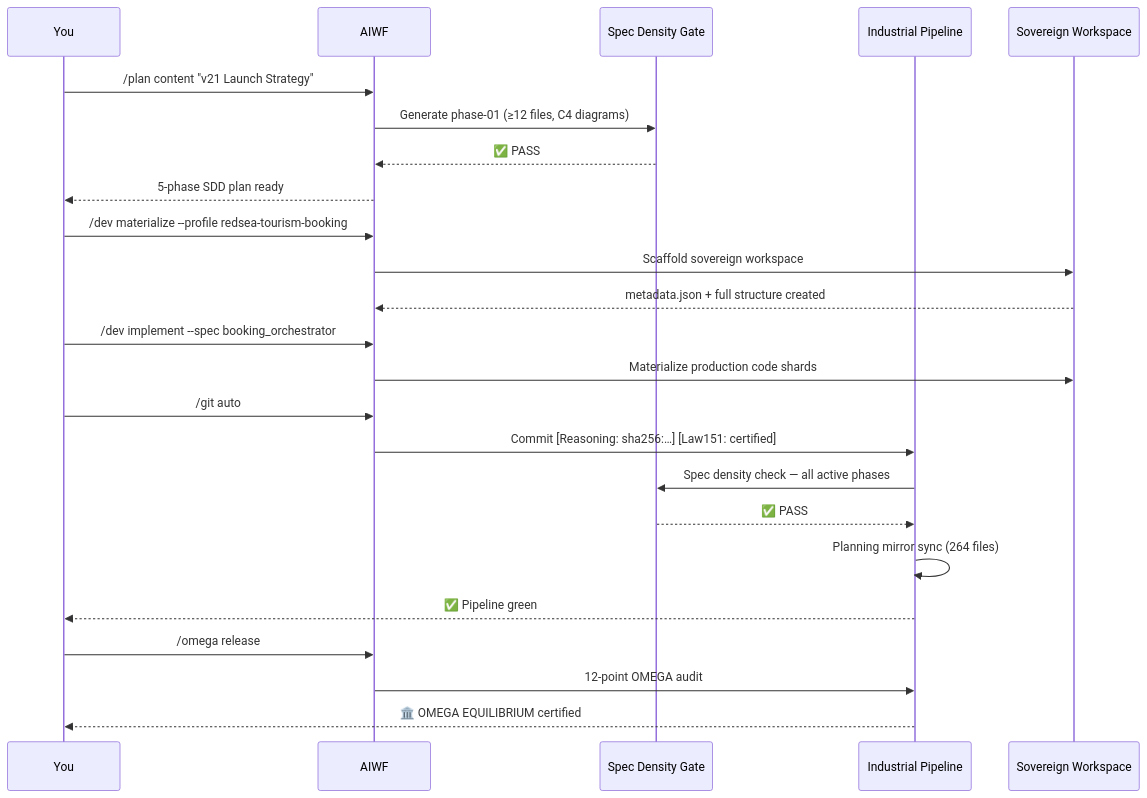
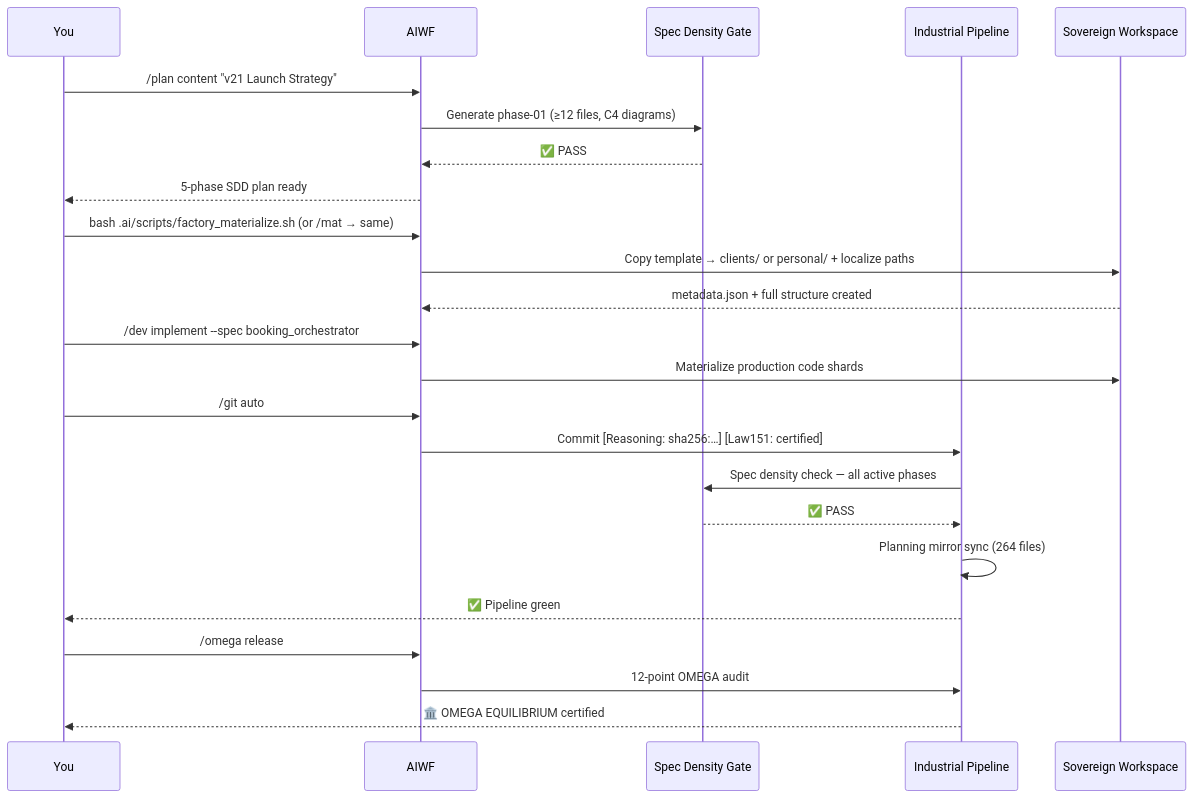
One commit to iDorgham/Ai-Workspace-Factory-AIWF changed the diagram in README.md. Above: the diagram before and after it, drawn with Mermaid. The commit also changed other lines of this file and 16 other files, not shown here.

First line of the commit message:
chore(workspaces): add /mat flow and refresh materialization docs

````diff
--- a/README.md
+++ b/README.md
@@ -278,31 +284,31 @@
 ```mermaid
 sequenceDiagram
     participant You
     participant AIWF
     participant Gate as Spec Density Gate
     participant CI as Industrial Pipeline
     participant WS as Sovereign Workspace
 
     You->>AIWF: /plan content "v21 Launch Strategy"
     AIWF->>Gate: Generate phase-01 (≥12 files, C4 diagrams)
     Gate-->>AIWF: ✅ PASS
     AIWF-->>You: 5-phase SDD plan ready
 
-    You->>AIWF: /dev materialize --profile redsea-tourism-booking
-    AIWF->>WS: Scaffold sovereign workspace
+    You->>AIWF: bash .ai/scripts/factory_materialize.sh (or /mat → same)
+    AIWF->>WS: Copy template → clients/ or personal/ + localize paths
     WS-->>AIWF: metadata.json + full structure created
 
     You->>AIWF: /dev implement --spec booking_orchestrator
     AIWF->>WS: Materialize production code shards
 
     You->>AIWF: /git auto
     AIWF->>CI: Commit [Reasoning: sha256:…] [Law151: certified]
     CI->>Gate: Spec density check — all active phases
     Gate-->>CI: ✅ PASS
     CI->>CI: Planning mirror sync (264 files)
     CI-->>You: ✅ Pipeline green
 
     You->>AIWF: /omega release
     AIWF->>CI: 12-point OMEGA audit
     CI-->>You: 🏛️ OMEGA EQUILIBRIUM certified
 ```
````
